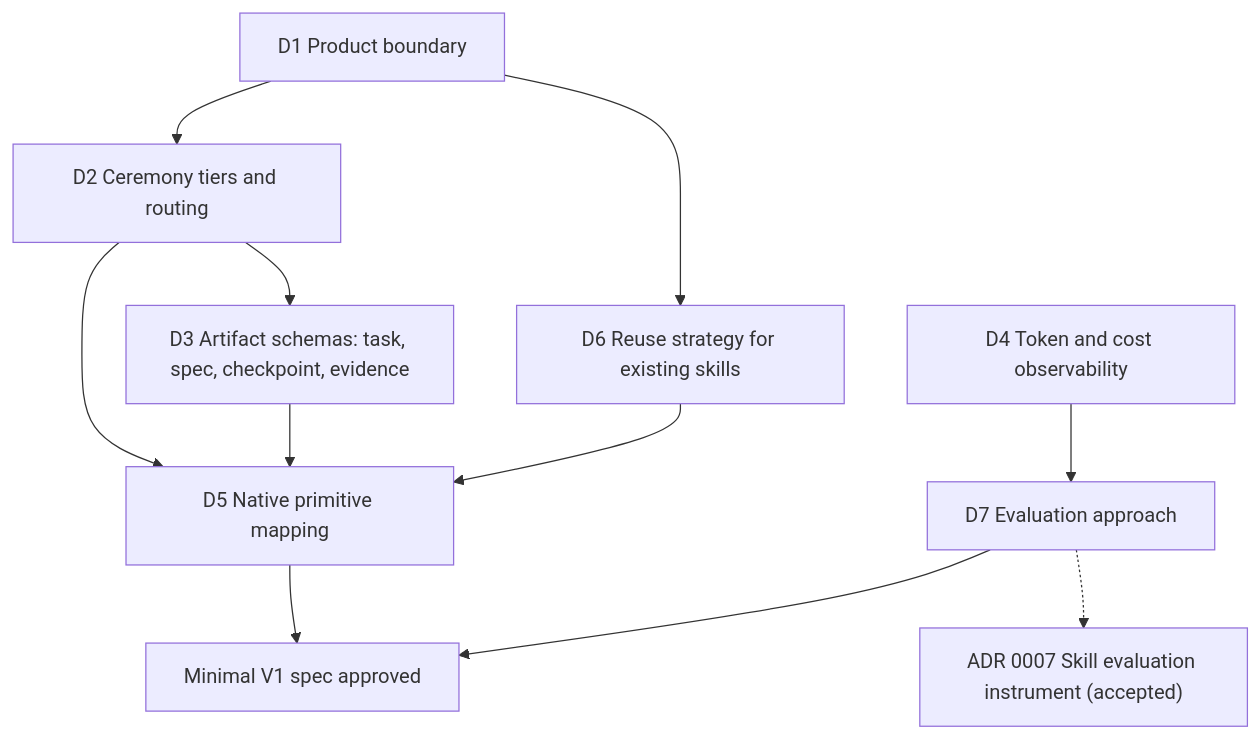
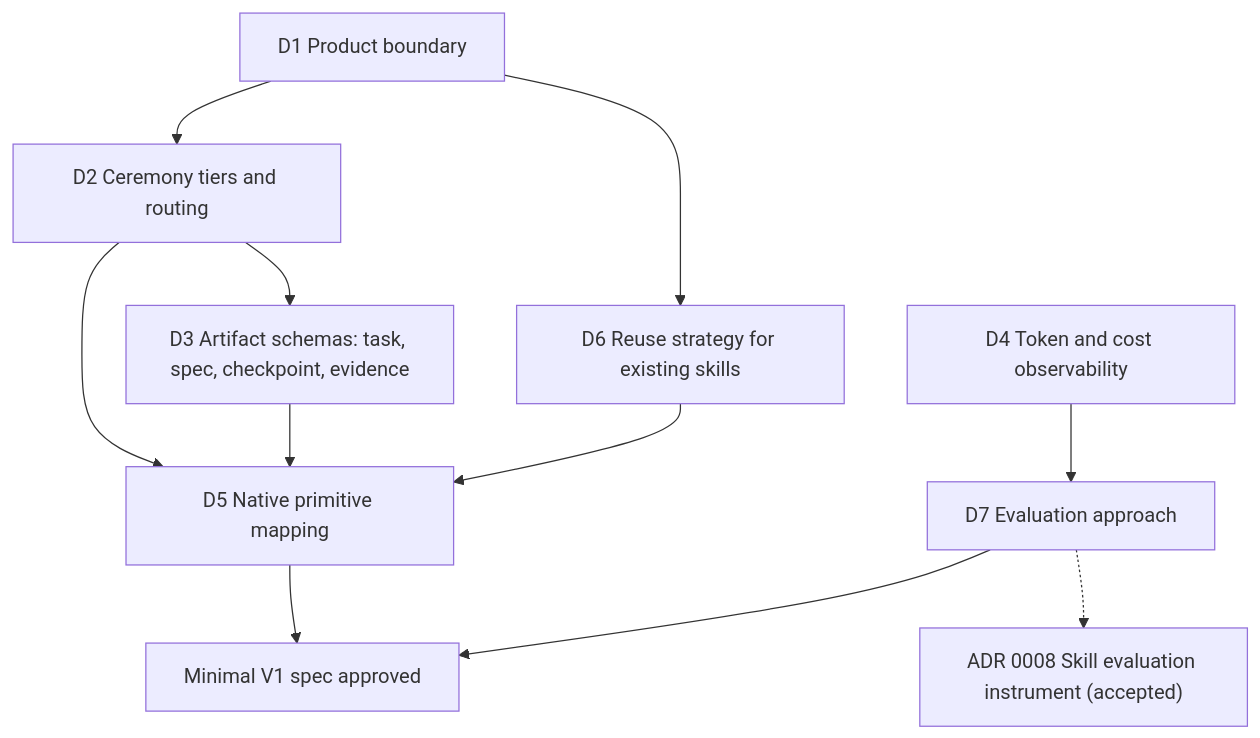
One commit to EduardoShibukawa/G-Inga changed the diagram in docs/decision-map.md. Above: the diagram before and after it, drawn with Mermaid. The commit also changed other lines of this file and 8 other files, not shown here.

First line of the commit message:
docs(adr): renumber skill evaluation ADR to 0008 and reject duplicate ADR numbers

````diff
--- a/docs/decision-map.md
+++ b/docs/decision-map.md
@@ -5,13 +5,13 @@
 ```mermaid
 flowchart TD
     D1["D1 Product boundary"] --> D2["D2 Ceremony tiers and routing"]
     D1 --> D6["D6 Reuse strategy for existing skills"]
     D2 --> D3["D3 Artifact schemas: task, spec, checkpoint, evidence"]
     D4["D4 Token and cost observability"] --> D7["D7 Evaluation approach"]
     D2 --> D5["D5 Native primitive mapping"]
     D3 --> D5
     D6 --> D5
     D5 --> V1["Minimal V1 spec approved"]
     D7 --> V1
-    D7 -.-> A7["ADR 0007 Skill evaluation instrument (accepted)"]
+    D7 -.-> A8["ADR 0008 Skill evaluation instrument (accepted)"]
 ```
````
